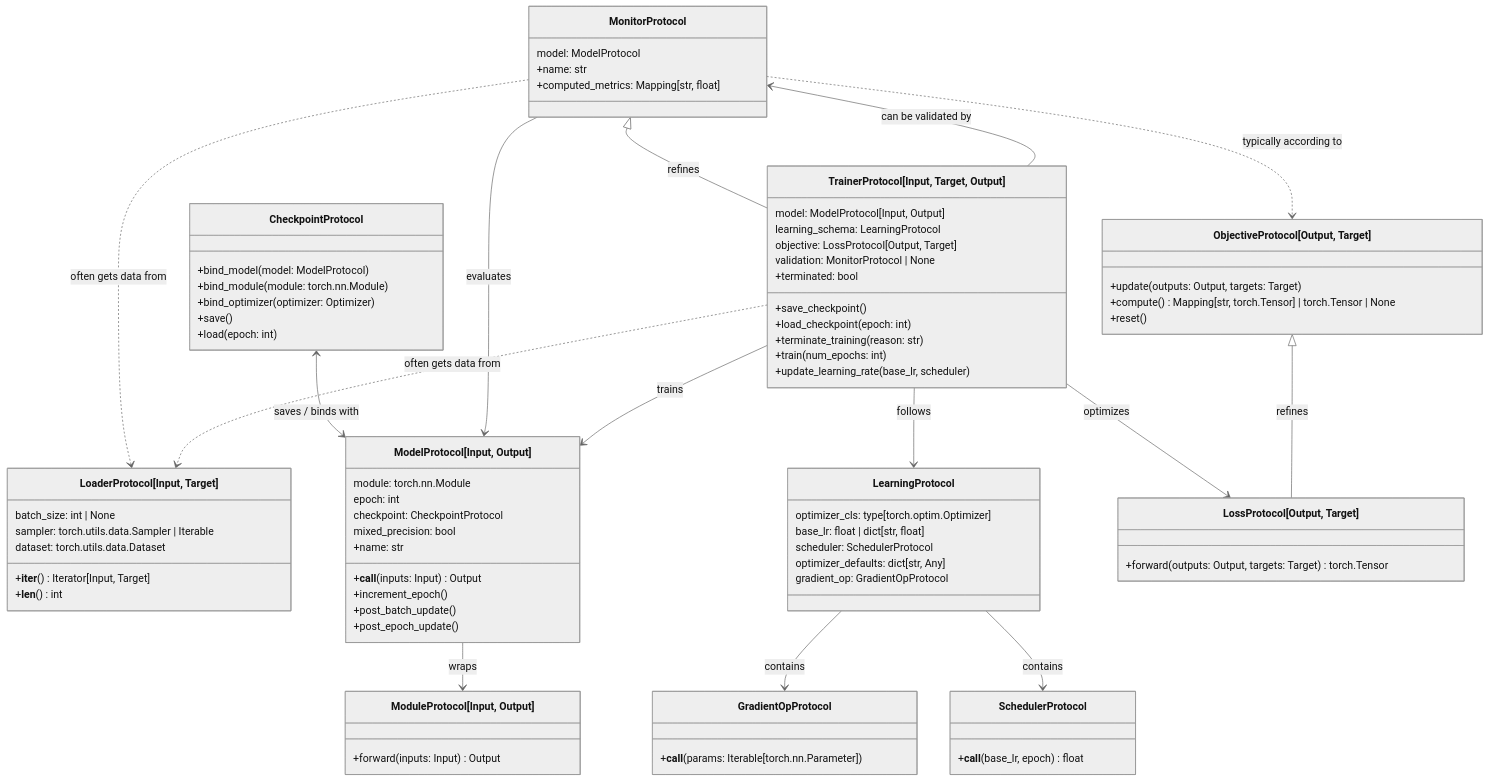
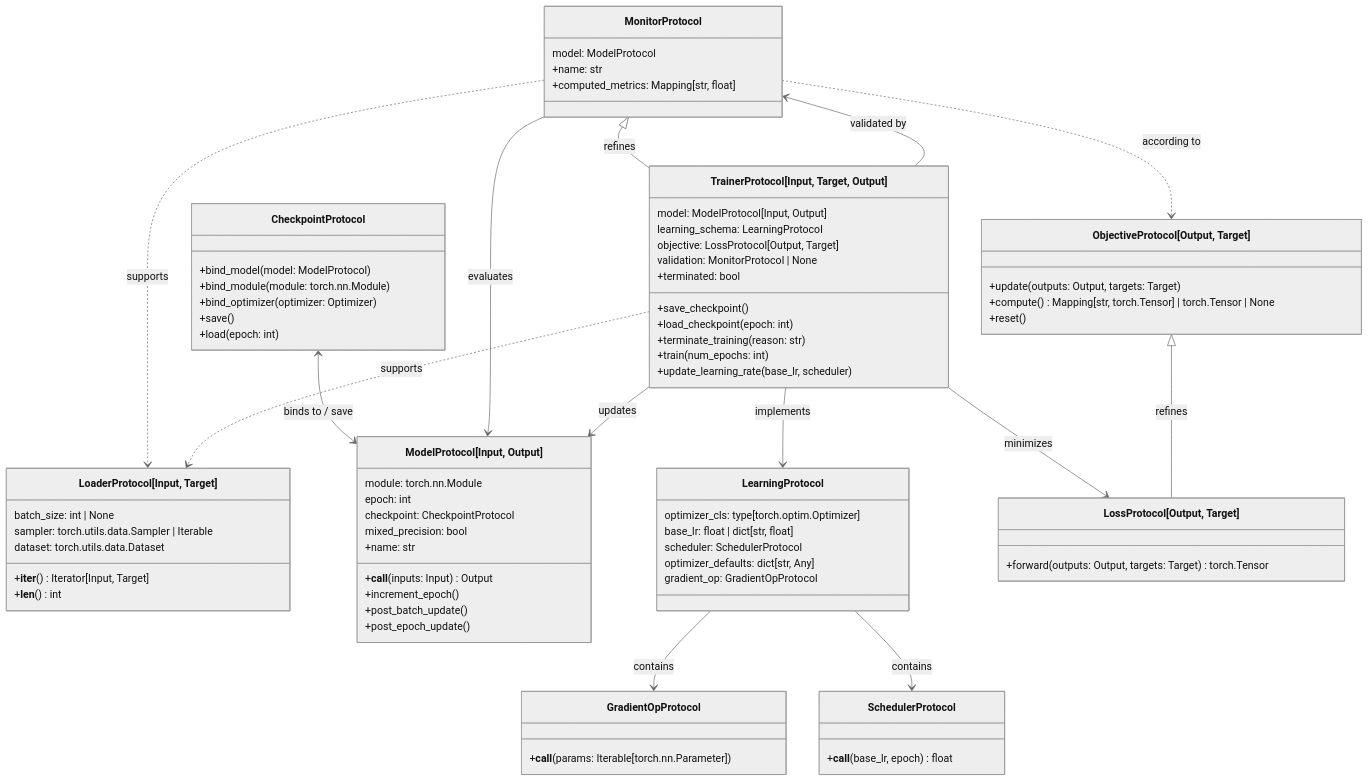
The diagram in docs/architecture.md (nverchev/drytorch), drawn with Mermaid (neutral theme) before and after one commit. The commit also changed 2 other files, not shown here.

Commit message:
refactor: removed ModuleProtocol from core

```diff
--- a/docs/architecture.md
+++ b/docs/architecture.md
@@ -31,10 +31,6 @@
         dataset: torch.utils.data.Dataset
         +__iter__() Iterator[Input, Target]
         +__len__() int
-    }
-
-    class ModuleProtocol["ModuleProtocol[Input, Output]"] {
-        +forward(inputs: Input) Output
     }
 
     class ModelProtocol["ModelProtocol[Input, Output]"] {
@@ -102,18 +98,17 @@
         +update_learning_rate(base_lr, scheduler)
     }
 
-    CheckpointProtocol <--> ModelProtocol : saves / binds with
-    ModelProtocol --> ModuleProtocol : wraps
+    CheckpointProtocol <--> ModelProtocol : binds to / save
     LearningProtocol --> GradientOpProtocol : contains
     LearningProtocol --> SchedulerProtocol : contains
-    MonitorProtocol ..> LoaderProtocol : often gets data from
+    MonitorProtocol ..> LoaderProtocol : supports
     MonitorProtocol --> ModelProtocol : evaluates
-    MonitorProtocol ..> ObjectiveProtocol : typically according to
-    TrainerProtocol --> LearningProtocol : follows
-    TrainerProtocol ..> LoaderProtocol : often gets data from
-    TrainerProtocol --> LossProtocol : optimizes
-    TrainerProtocol --> ModelProtocol : trains
-    TrainerProtocol --> MonitorProtocol : can be validated by
+    MonitorProtocol ..> ObjectiveProtocol : according to
+    TrainerProtocol --> LearningProtocol :  implements
+    TrainerProtocol ..> LoaderProtocol : supports
+    TrainerProtocol --> LossProtocol : minimizes
+    TrainerProtocol --> ModelProtocol : updates
+    TrainerProtocol --> MonitorProtocol : validated by
     MonitorProtocol <|-- TrainerProtocol : refines
     ObjectiveProtocol <|-- LossProtocol : refines
 
```
